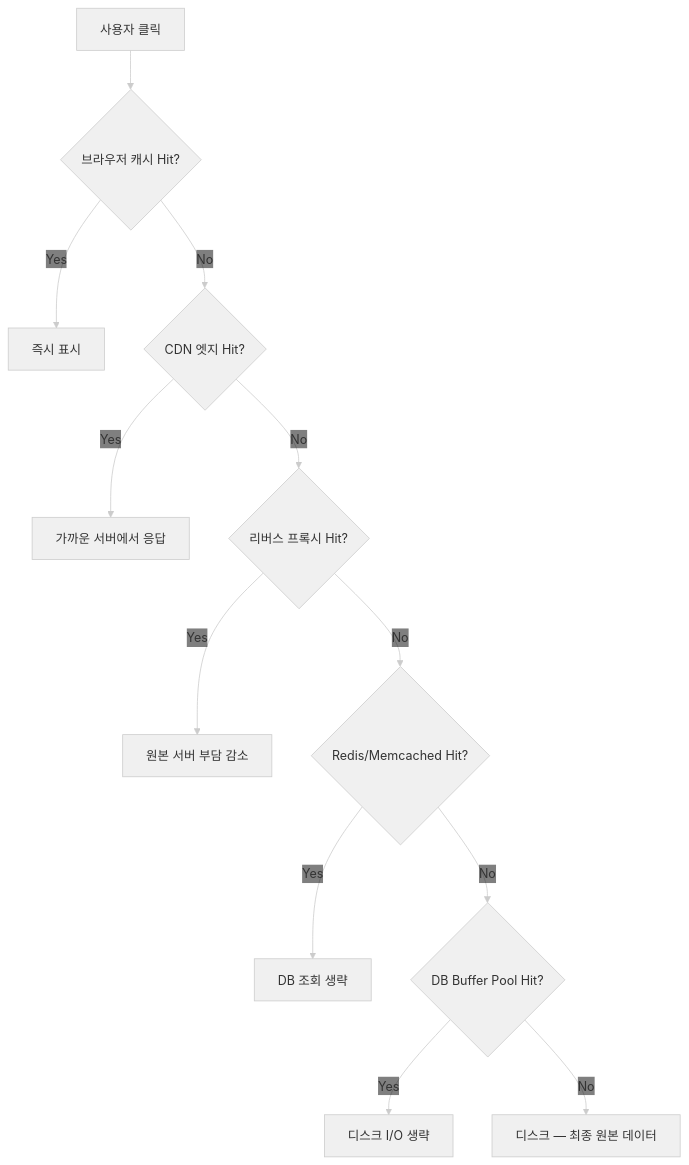
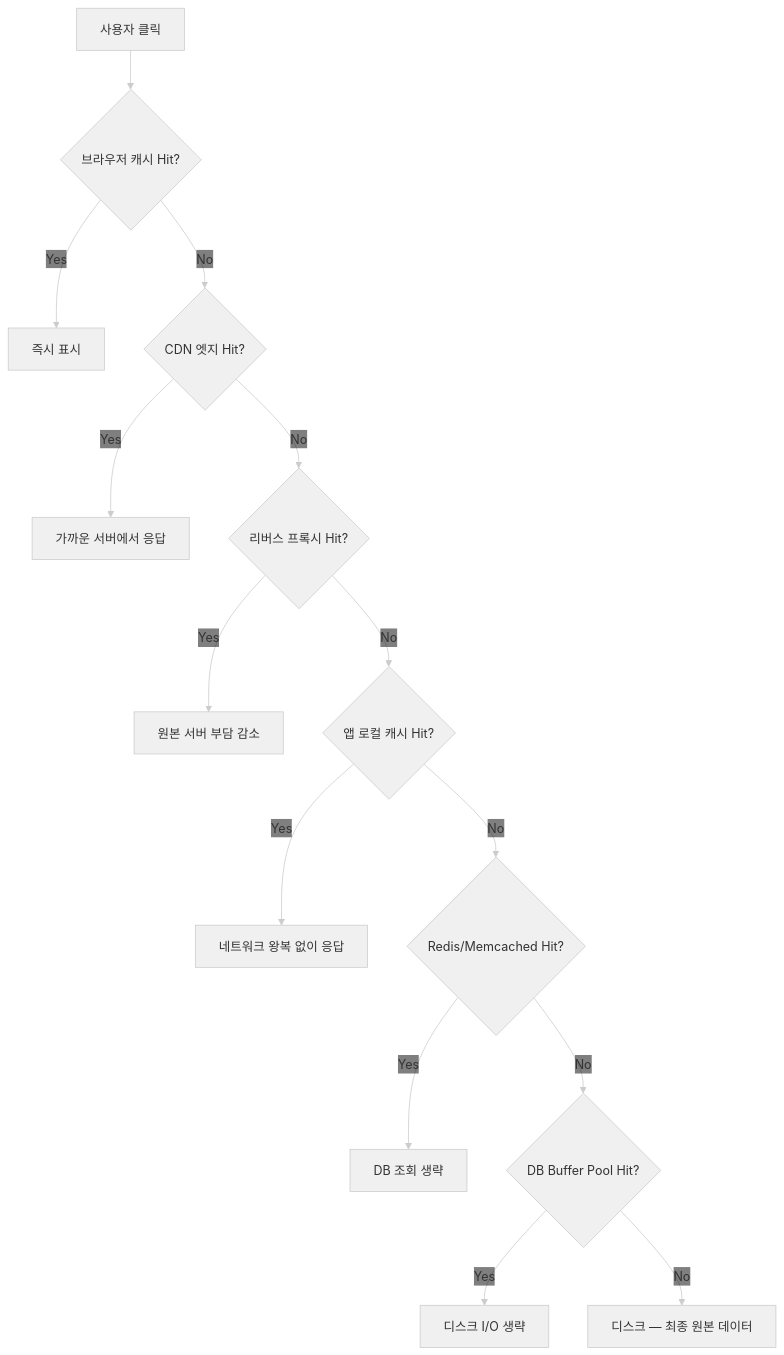
The third of 3 diagrams in docs/blog/posts/ai-dev/cache-part2.md (home301/blog-source), drawn with Mermaid before and after one commit. The commit also changed other lines of this file, not shown here.

````diff
--- a/docs/blog/posts/ai-dev/cache-part2.md
+++ b/docs/blog/posts/ai-dev/cache-part2.md
@@ -327,15 +357,17 @@
 ```mermaid
 %%{init: {'theme': 'base', 'themeVariables': {'primaryColor': '#f0f0f0', 'primaryBorderColor': '#ccc', 'primaryTextColor': '#333', 'lineColor': '#ccc', 'edgeLabelBackground': 'transparent'}}}%%
 graph TD
     A["사용자 클릭"] --> B{"브라우저 캐시 Hit?"}
     B -->|Yes| B1["즉시 표시"]
     B -->|No| C{"CDN 엣지 Hit?"}
     C -->|Yes| C1["가까운 서버에서 응답"]
     C -->|No| D{"리버스 프록시 Hit?"}
     D -->|Yes| D1["원본 서버 부담 감소"]
-    D -->|No| E{"Redis/Memcached Hit?"}
-    E -->|Yes| E1["DB 조회 생략"]
-    E -->|No| F{"DB Buffer Pool Hit?"}
-    F -->|Yes| F1["디스크 I/O 생략"]
-    F -->|No| G["디스크 — 최종 원본 데이터"]
+    D -->|No| E{"앱 로컬 캐시 Hit?"}
+    E -->|Yes| E1["네트워크 왕복 없이 응답"]
+    E -->|No| F{"Redis/Memcached Hit?"}
+    F -->|Yes| F1["DB 조회 생략"]
+    F -->|No| H{"DB Buffer Pool Hit?"}
+    H -->|Yes| H1["디스크 I/O 생략"]
+    H -->|No| I["디스크 — 최종 원본 데이터"]
 ```
````
